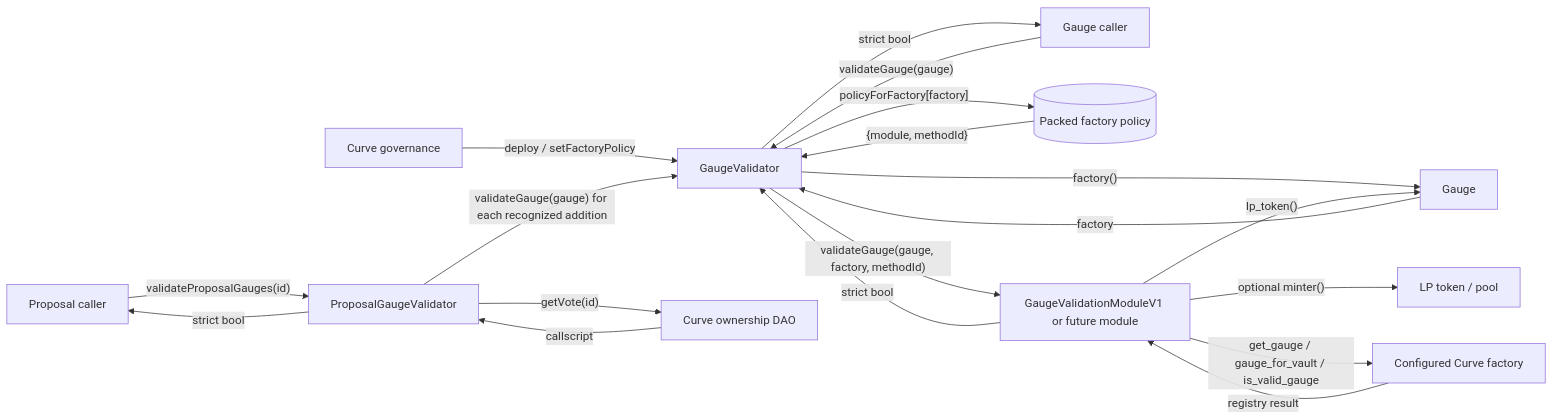
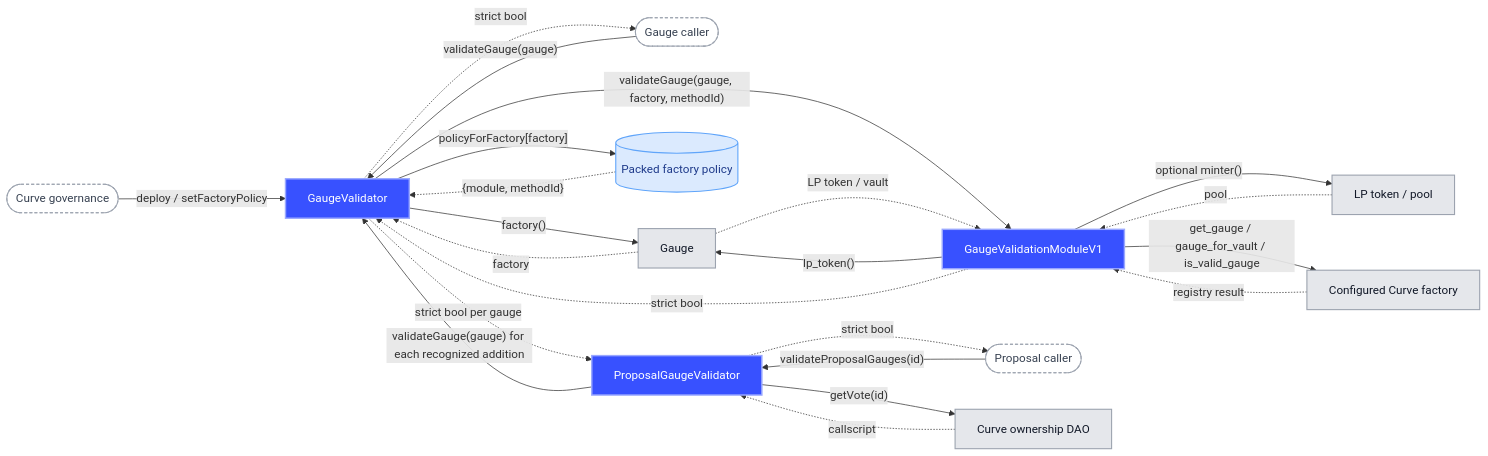
Before and after one commit to wavey0x/curve-gauge-validator: the diagram in ARCHITECTURE.md, drawn with Mermaid. The commit also changed other lines of this file and 6 other files, not shown here.

````diff
--- a/ARCHITECTURE.md
+++ b/ARCHITECTURE.md
@@ -18,23 +18,36 @@
 ```mermaid
 flowchart LR
-    Governance["Curve governance"] -->|"deploy / setFactoryPolicy"| Core["GaugeValidator"]
+    Governance(["Curve governance"]) -->|"deploy / setFactoryPolicy"| Core["GaugeValidator"]
 
-    GaugeCaller["Gauge caller"] -->|"validateGauge(gauge)"| Core
+    GaugeCaller(["Gauge caller"]) -->|"validateGauge(gauge)"| Core
     Core -->|"factory()"| Gauge["Gauge"]
-    Gauge -->|"factory"| Core
+    Gauge -.->|"factory"| Core
     Core -->|"policyForFactory[factory]"| Policy[("Packed factory policy")]
-    Policy -->|"{module, methodId}"| Core
-    Core -->|"validateGauge(gauge, factory, methodId)"| Module["GaugeValidationModuleV1 or future module"]
+    Policy -.->|"{module, methodId}"| Core
+    Core -->|"validateGauge(gauge, factory, methodId)"| Module["GaugeValidationModuleV1"]
     Module -->|"lp_token()"| Gauge
+    Gauge -.->|"LP token / vault"| Module
     Module -->|"optional minter()"| Token["LP token / pool"]
+    Token -.->|"pool"| Module
     Module -->|"get_gauge / gauge_for_vault / is_valid_gauge"| Factory["Configured Curve factory"]
-    Factory -->|"registry result"| Module
-    Module -->|"strict bool"| Core
-    Core -->|"strict bool"| GaugeCaller
+    Factory -.->|"registry result"| Module
+    Module -.->|"strict bool"| Core
+    Core -.->|"strict bool"| GaugeCaller
 
-    ProposalCaller["Proposal caller"] -->|"validateProposalGauges(id)"| Proposal["ProposalGaugeValidator"]
+    ProposalCaller(["Proposal caller"]) -->|"validateProposalGauges(id)"| Proposal["ProposalGaugeValidator"]
     Proposal -->|"getVote(id)"| DAO["Curve ownership DAO"]
-    DAO -->|"callscript"| Proposal
+    DAO -.->|"callscript"| Proposal
     Proposal -->|"validateGauge(gauge) for each recognized addition"| Core
-    Proposal -->|"strict bool"| ProposalCaller
+    Core -.->|"strict bool per gauge"| Proposal
+    Proposal -.->|"strict bool"| ProposalCaller
+
+    classDef repo fill:#3851ff,stroke:#9aa8ff,color:#ffffff,stroke-width:2px;
+    classDef external fill:#e5e7eb,stroke:#9ca3af,color:#111827,stroke-width:1.5px;
+    classDef actor fill:#ffffff,stroke:#9ca3af,color:#374151,stroke-width:1.5px,stroke-dasharray:4 3;
+    classDef storage fill:#dbeafe,stroke:#60a5fa,color:#1e3a8a,stroke-width:1.5px;
+
+    class Core,Module,Proposal repo;
+    class Gauge,Token,Factory,DAO external;
+    class Governance,GaugeCaller,ProposalCaller actor;
+    class Policy storage;
 ```
````
